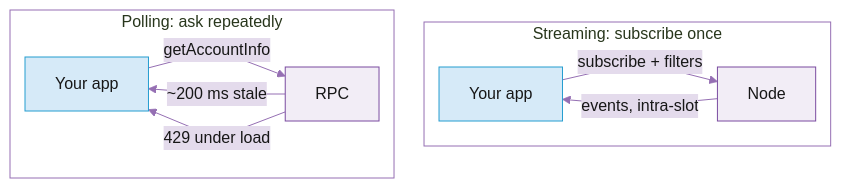
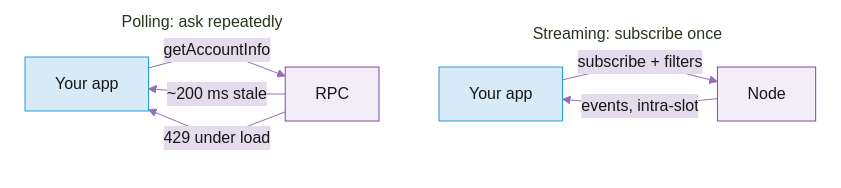
The diagram in documentation/real-time-streaming.md (praptisharma28/triton-docs-v5), drawn with Mermaid before and after one commit. The commit also changed 2 other files, not shown here.

Commit message:
Streaming overview diagram: drop visible subgraph borders to match historical's clean style. Add 'How it works' mermaid to Cloudbreak (existing section) and a new How-it-works section to Fumarole

````diff
--- a/documentation/real-time-streaming.md
+++ b/documentation/real-time-streaming.md
@@ -13,18 +13,18 @@
 ```mermaid
 %%{init: {'theme':'base','themeVariables':{'primaryColor':'#F2EDF6','primaryBorderColor':'#7A4BA0','primaryTextColor':'#171717','lineColor':'#956FB3','secondaryColor':'#E4DBEC','tertiaryColor':'#D7C9E3'},'flowchart':{'nodeSpacing':22,'rankSpacing':30,'curve':'linear'}}}%%
 flowchart LR
     subgraph poll["Polling: ask repeatedly"]
         pc["Your app"] -->|"getAccountInfo"| pr["RPC"]
         pr -->|"~200 ms stale"| pc
         pr -->|"429 under load"| pc
     end
     subgraph stream["Streaming: subscribe once"]
         sc["Your app"] -->|"subscribe + filters"| sr["Node"]
         sr -->|"events, intra-slot"| sc
     end
     pr ~~~ sc
-    style poll fill:none,stroke:#956FB3
-    style stream fill:none,stroke:#956FB3
+    style poll fill:none,stroke:none
+    style stream fill:none,stroke:none
     style pc fill:#D6EAF8,stroke:#259DD0
     style sc fill:#D6EAF8,stroke:#259DD0
 ```
````
